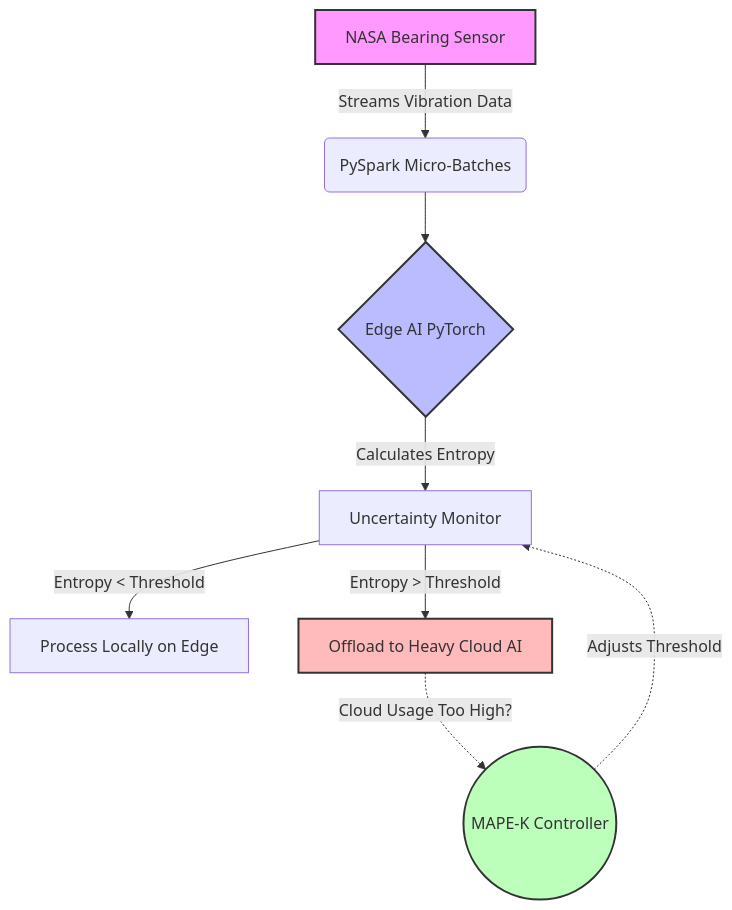
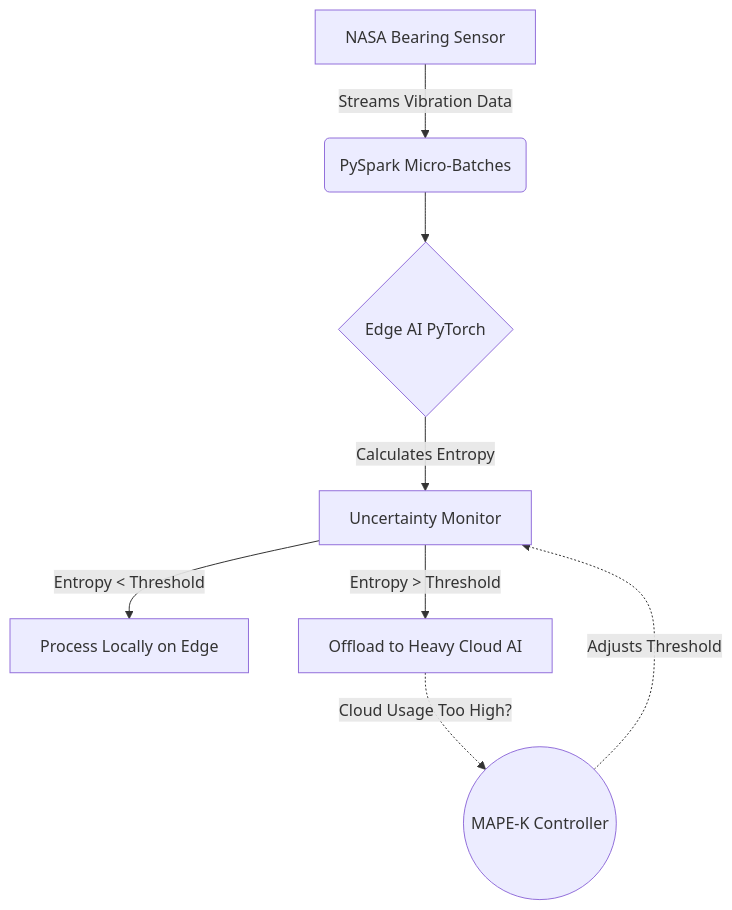
One commit to mossaabbelazri/Adaptive-Edge-Cloud changed the diagram in README.md. Above: the diagram before and after it, drawn with Mermaid. The commit also changed other lines of this file, not shown here.

Commit message:
Fix diagram colors for dark mode and update final evaluation metrics

````diff
--- a/README.md
+++ b/README.md
@@ -20,18 +20,13 @@
 ```mermaid
 graph TD
     A[NASA Bearing Sensor] -->|Streams Vibration Data| B(PySpark Micro-Batches)
     B --> C{Edge AI PyTorch}
     
     C -->|Calculates Entropy| D[Uncertainty Monitor]
     
     D -->|Entropy < Threshold| E[Process Locally on Edge]
     D -->|Entropy > Threshold| F[Offload to Heavy Cloud AI]
     
     F -.->|Cloud Usage Too High?| G((MAPE-K Controller))
     G -.->|Adjusts Threshold| D
-    
-    style A fill:#f9f,stroke:#333,stroke-width:2px
-    style C fill:#bbf,stroke:#333,stroke-width:2px
-    style F fill:#fbb,stroke:#333,stroke-width:2px
-    style G fill:#bfb,stroke:#333,stroke-width:2px
 ```
````
